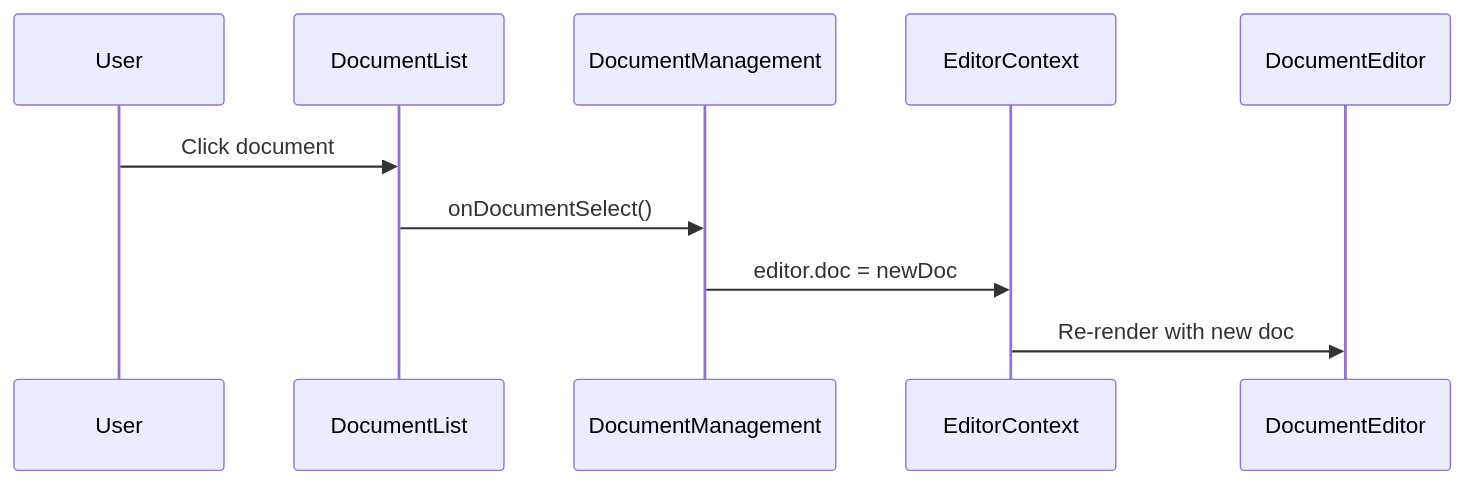
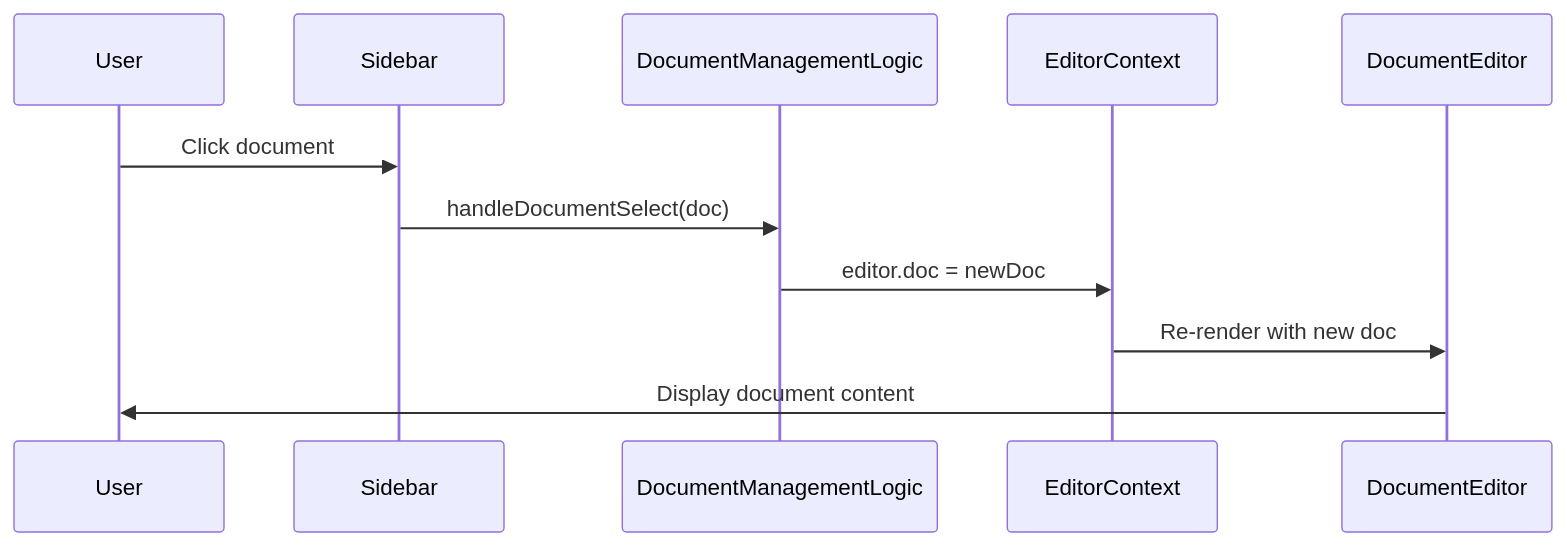
The fourth of 9 diagrams in STRUCTURE.md (eliseo-arevalo/blocksuite-react), drawn with Mermaid before and after one commit. The commit also changed other lines of this file and 3 other files, not shown here.

````diff
--- a/STRUCTURE.md
+++ b/STRUCTURE.md
@@ -112,13 +180,14 @@
 ```mermaid
 sequenceDiagram
     participant U as User
-    participant DL as DocumentList
-    participant DM as DocumentManagement
+    participant S as Sidebar
+    participant DML as DocumentManagementLogic
     participant EC as EditorContext
     participant ED as DocumentEditor
     
-    U->>DL: Click document
-    DL->>DM: onDocumentSelect()
-    DM->>EC: editor.doc = newDoc
+    U->>S: Click document
+    S->>DML: handleDocumentSelect(doc)
+    DML->>EC: editor.doc = newDoc
     EC->>ED: Re-render with new doc
+    ED->>U: Display document content
 ```
````
